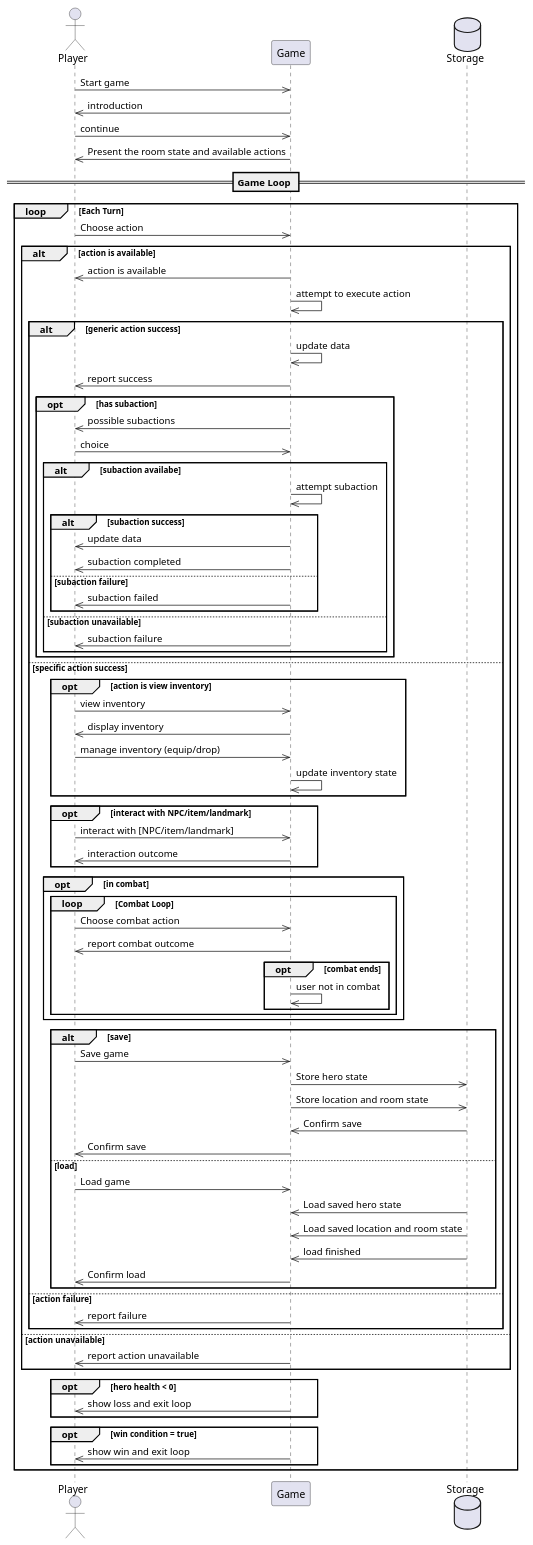
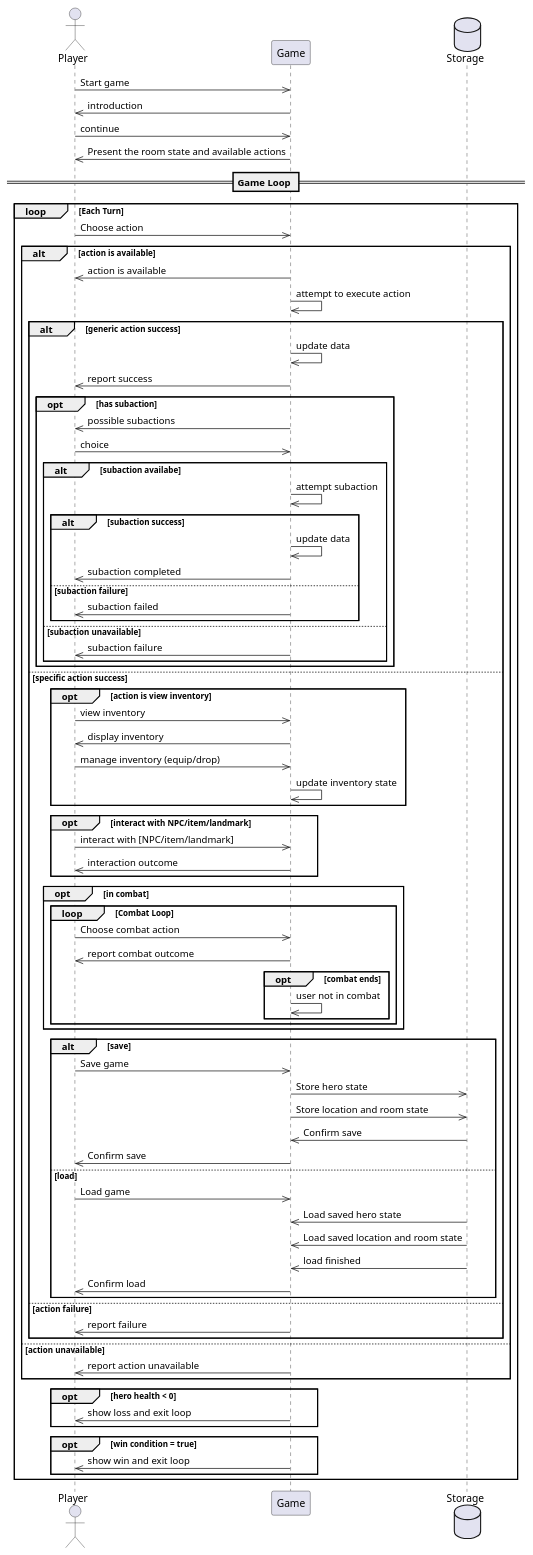
The diagram in plantuml/system-sequence-diagram.plantuml (MarvinTheMoodLifter/escape-from-Dahshur), drawn with PlantUML before and after one commit.

Commit message:
10/6/2024

```diff
--- a/plantuml/system-sequence-diagram.plantuml
+++ b/plantuml/system-sequence-diagram.plantuml
@@ -1,86 +1,86 @@
 @startuml System Sequence Diagram
 actor User as "Player"
 participant Game as "Game"
 database Storage as "Storage"
 
 User->>Game: Start game
 Game->>User: introduction
 User->>Game: continue
 Game->>User: Present the room state and available actions
 
 == Game Loop ==
 loop Each Turn
     User->>Game: Choose action
     alt action is available
         Game->>User: action is available
         Game->>Game: attempt to execute action
         alt generic action success
             Game->>Game: update data
             Game->>User: report success
             opt has subaction
             Game->>User: possible subactions
             User->>Game: choice
              alt subaction availabe
              Game->>Game: attempt subaction
               alt subaction success
-              Game->>User: update data
+              Game->>Game: update data
               Game->>User: subaction completed
               else subaction failure
               Game->>User: subaction failed
               end 
               else subaction unavailable
               Game->>User: subaction failure
               end
               end
     else specific action success
                 opt action is view inventory
         User->>Game: view inventory
         Game->>User: display inventory
         User->>Game: manage inventory (equip/drop)
         Game->>Game: update inventory state
     end
         opt interact with NPC/item/landmark
         User->>Game: interact with [NPC/item/landmark]
         Game->>User: interaction outcome
     end
     opt in combat
         loop Combat Loop
             User->>Game: Choose combat action
             Game->>User: report combat outcome
             opt combat ends
                 Game->>Game: user not in combat
             end
         end
     end
     
 
        alt save
     User->>Game: Save game
     Game->>Storage: Store hero state
     Game->>Storage: Store location and room state
     Storage->>Game: Confirm save
     Game->>User: Confirm save
 else load
     User->>Game: Load game
     Storage->>Game: Load saved hero state
     Storage->>Game: Load saved location and room state
     Storage->>Game: load finished
     Game->>User: Confirm load
 end
     else action failure
         Game->>User: report failure
     end
     else action unavailable
     Game->>User: report action unavailable
     end
     opt hero health < 0
         Game->>User: show loss and exit loop
     end
     opt win condition = true
         Game->>User: show win and exit loop
     end
     
     end
 
 
 @enduml
```
